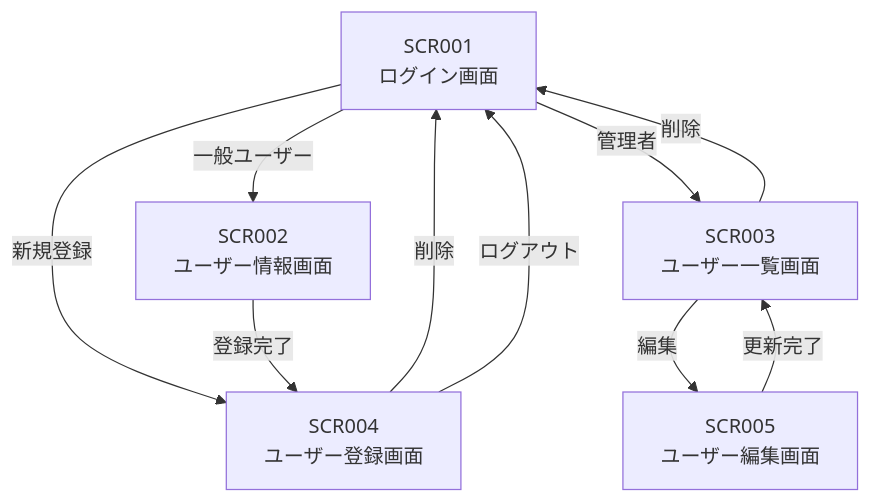
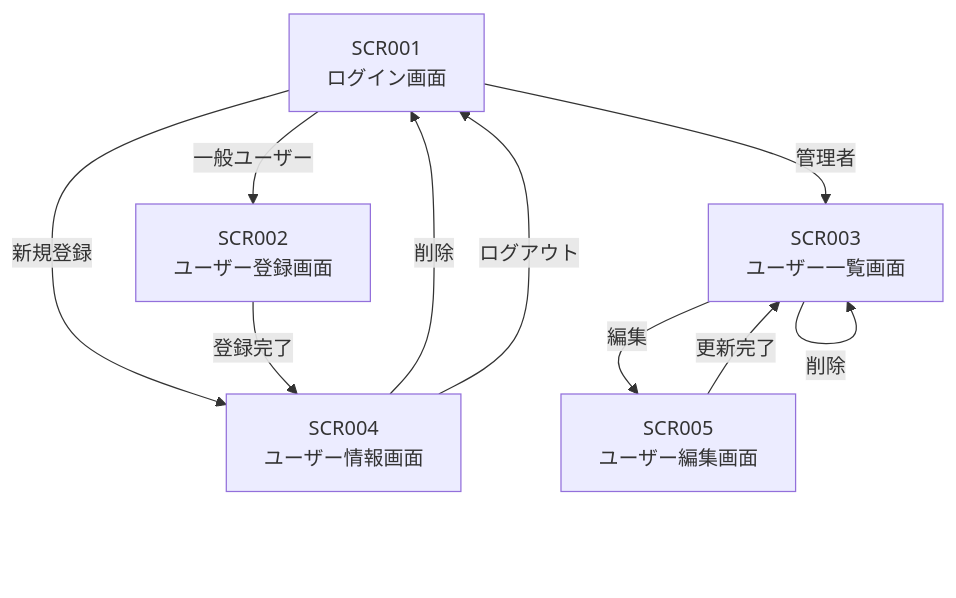
Before and after one commit to Mihara-Yamato-com/training_yamato_app: the first of 2 diagrams in 02_base_design.md, drawn with Mermaid. The commit also changed other lines of this file, not shown here.

Commit message:
基本設計のER図と画面遷移図の修正

````diff
--- a/02_base_design.md
+++ b/02_base_design.md
@@ -31,19 +31,19 @@
 ```mermaid
 flowchart TD
 
     SCR001["SCR001<br>ログイン画面"]
 
-    SCR001 -->|一般ユーザー| SCR002["SCR002<br>ユーザー情報画面"]
+    SCR001 -->|一般ユーザー| SCR002["SCR002<br>ユーザー登録画面"]
     SCR001 -->|管理者| SCR003["SCR003<br>ユーザー一覧画面"]
 
-    SCR001 -->|新規登録| SCR004["SCR004<br>ユーザー登録画面"]
+    SCR001 -->|新規登録| SCR004["SCR004<br>ユーザー情報画面"]
     SCR003 -->|編集| SCR005["SCR005<br>ユーザー編集画面"]
-    SCR003 -->|削除|SCR001["SCR001<br>ログイン画面"]
+    SCR003 -->|削除|SCR003["SCR003<br>ユーザー一覧画面"]
     SCR004 -->|削除|SCR001["SCR001<br>ログイン画面"]
 
     SCR004 -->|ログアウト| SCR001
     
 
     SCR002 -->|登録完了| SCR004
     SCR005 -->|更新完了| SCR003
 ```
````
